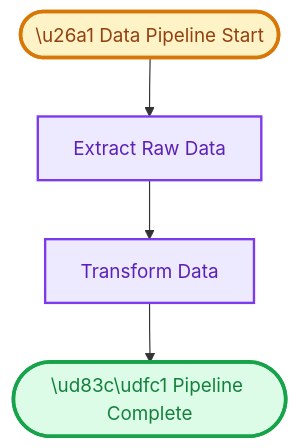
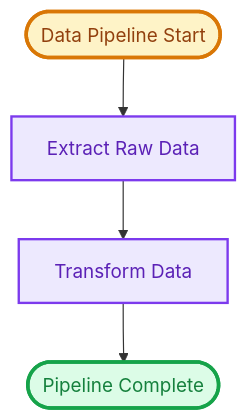
Before and after one commit to pjt222/putior: the fifth of 14 diagrams in README.md, drawn with Mermaid. The commit also changed other lines of this file, not shown here.

Commit message:
Remove Unicode emoji escapes from README workflow boundaries examples
- Cleaned up Unicode escape sequences (\u26a1 and \ud83c\udfc1) from README
- Workflow boundaries now rely solely on color styling (orange/green)
- Ensures proper rendering on GitHub without emoji display issues
- All examples regenerated with clean output

````diff
--- a/README.md
+++ b/README.md
@@ -281,21 +281,21 @@
 ```mermaid
 flowchart TD
-    pipeline_start([\u26a1 Data Pipeline Start])
+    pipeline_start([Data Pipeline Start])
     extract_data[Extract Raw Data]
     transform_data[Transform Data]
-    pipeline_end([\ud83c\udfc1 Pipeline Complete])
+    pipeline_end([Pipeline Complete])
 
     %% Connections
     pipeline_start --> extract_data
     extract_data --> transform_data
     transform_data --> pipeline_end
 
     %% Styling
     classDef processStyle fill:#ede9fe,stroke:#7c3aed,stroke-width:2px,color:#5b21b6
     class extract_data processStyle
     class transform_data processStyle
     classDef startStyle fill:#fef3c7,stroke:#d97706,stroke-width:3px,color:#92400e
     class pipeline_start startStyle
     classDef endStyle fill:#dcfce7,stroke:#16a34a,stroke-width:3px,color:#15803d
     class pipeline_end endStyle
 ```
````
